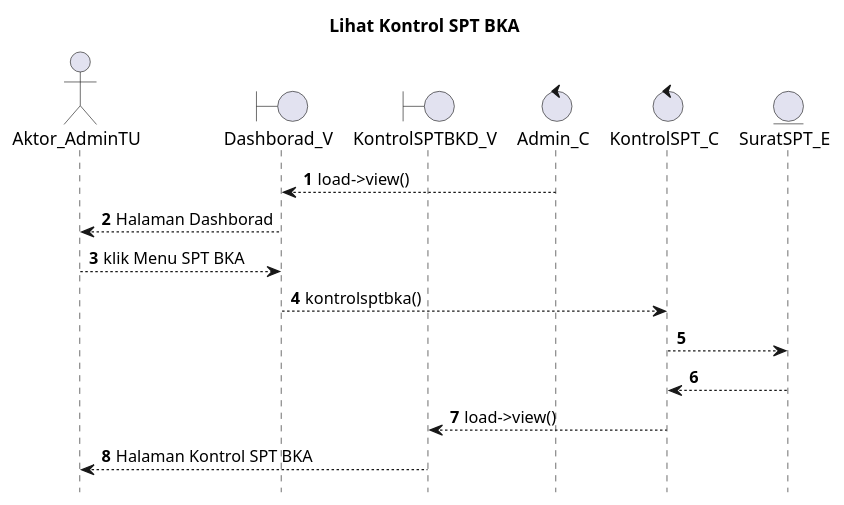
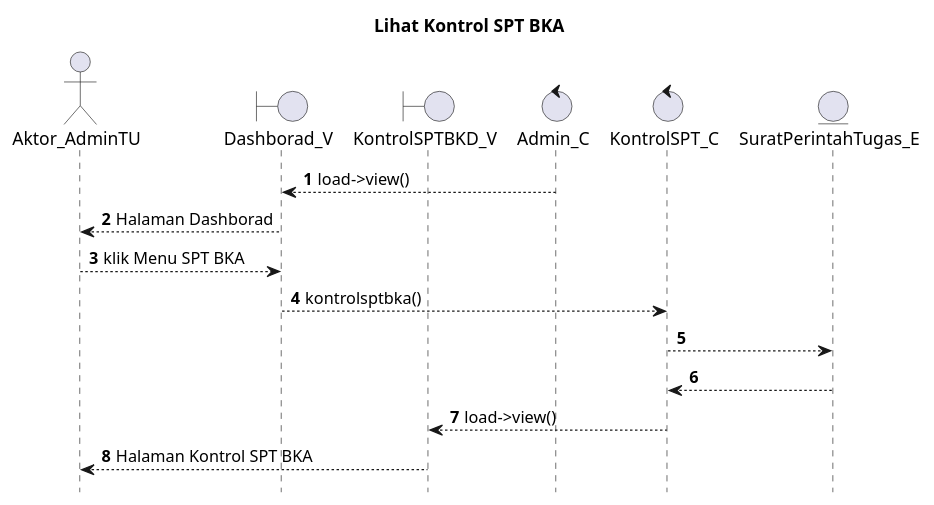
The diagram in UML/admin tu/ViewSPTBKA.puml (kurniado729/sistem_kp), drawn with PlantUML before and after one commit. The commit also changed 44 other files, not shown here.

Commit message:
uml pemberitahuan

```diff
--- a/UML/admin tu/ViewSPTBKA.puml
+++ b/UML/admin tu/ViewSPTBKA.puml
@@ -1,24 +1,24 @@
 @startuml
 
 autonumber
 hide footbox
 title Lihat Kontrol SPT BKA
 
 Actor Aktor_AdminTU
 boundary Dashborad_V
 boundary KontrolSPTBKD_V
 control Admin_C
 control KontrolSPT_C
-Entity SuratSPT_E
+Entity SuratPerintahTugas_E
 
 Admin_C --> Dashborad_V: load->view()
 Dashborad_V --> Aktor_AdminTU: Halaman Dashborad
 Aktor_AdminTU --> Dashborad_V: klik Menu SPT BKA
 Dashborad_V --> KontrolSPT_C: kontrolsptbka()
-KontrolSPT_C --> SuratSPT_E:
+KontrolSPT_C --> SuratPerintahTugas_E:
     
-    SuratSPT_E --> KontrolSPT_C:
+    SuratPerintahTugas_E --> KontrolSPT_C:
     KontrolSPT_C --> KontrolSPTBKD_V: load->view()
     KontrolSPTBKD_V --> Aktor_AdminTU: Halaman Kontrol SPT BKA
 
 @enduml
```
